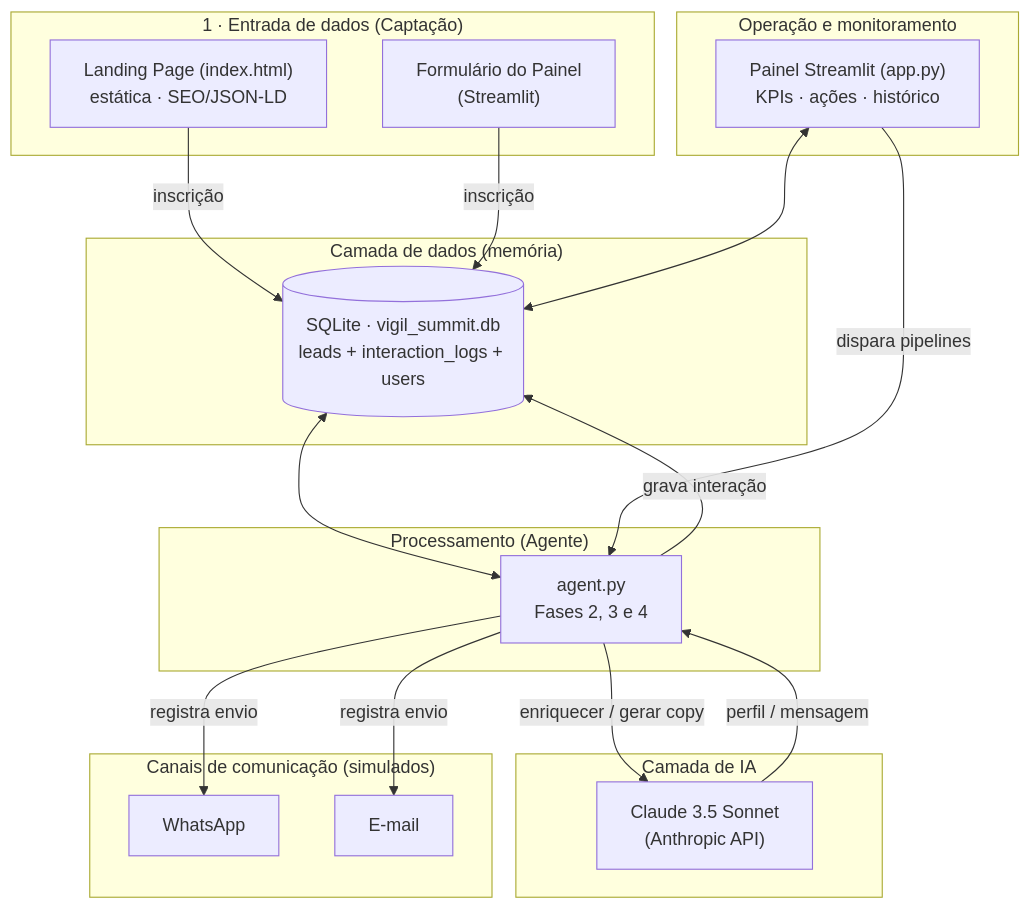
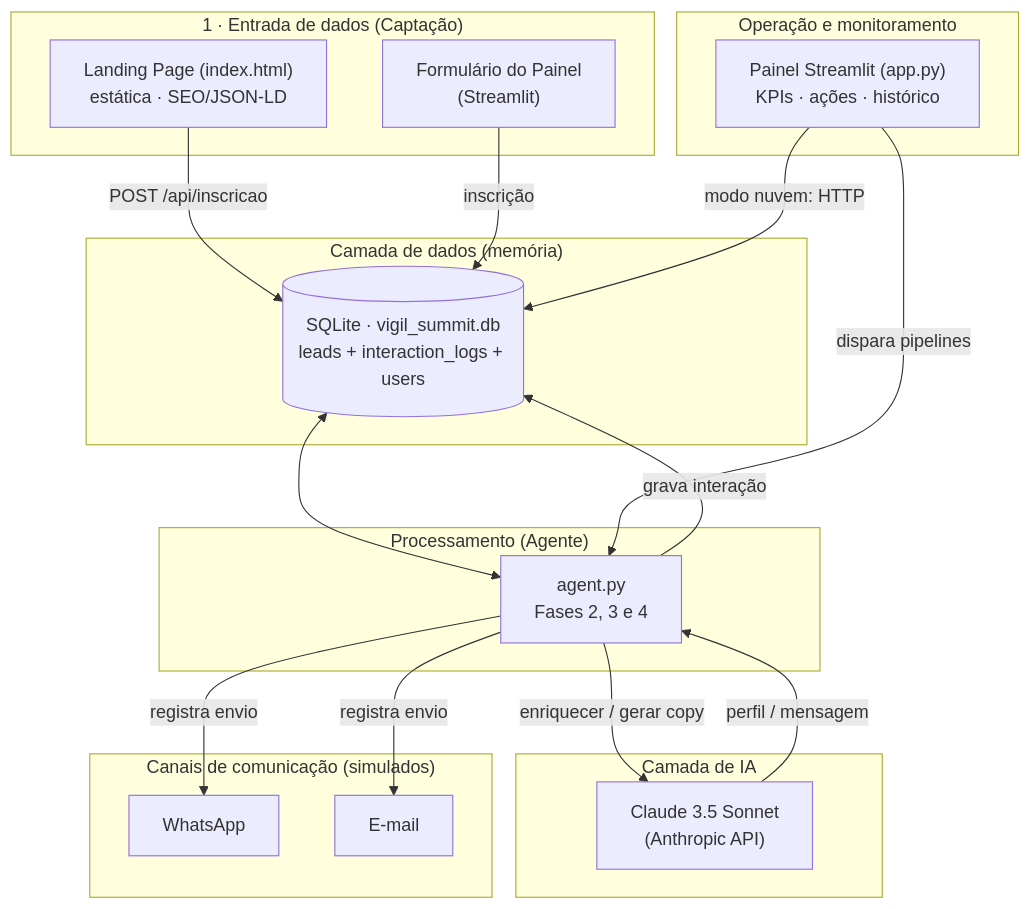
Before and after one commit to IrgoMallis/vigil_summit_agent: the diagram in README.md, drawn with Mermaid. The commit also changed other lines of this file and 7 other files, not shown here.

First line of the commit message:
fix: exige modo nuvem no Streamlit Cloud e documenta deploy completo

````diff
--- a/README.md
+++ b/README.md
@@ -52,39 +52,39 @@
 ```mermaid
 flowchart TD
     subgraph Entrada["1 · Entrada de dados (Captação)"]
         LP["Landing Page (index.html)<br/>estática · SEO/JSON-LD"]
         FORM["Formulário do Painel<br/>(Streamlit)"]
     end
 
     subgraph Dados["Camada de dados (memória)"]
         DB[("SQLite · vigil_summit.db<br/>leads + interaction_logs + users")]
     end
 
     subgraph Cerebro["Processamento (Agente)"]
         AG["agent.py<br/>Fases 2, 3 e 4"]
     end
 
     subgraph LLM["Camada de IA"]
         CL["Claude 3.5 Sonnet<br/>(Anthropic API)"]
     end
 
     subgraph Canais["Canais de comunicação (simulados)"]
         WA["WhatsApp"]
         EM["E-mail"]
     end
 
     subgraph Operacao["Operação e monitoramento"]
         PAINEL["Painel Streamlit (app.py)<br/>KPIs · ações · histórico"]
     end
 
-    LP -->|inscrição| DB
+    LP -->|POST /api/inscricao| DB
     FORM -->|inscrição| DB
     DB <--> AG
     AG -->|enriquecer / gerar copy| CL
     CL -->|perfil / mensagem| AG
     AG -->|registra envio| WA
     AG -->|registra envio| EM
     AG -->|grava interação| DB
-    PAINEL <--> DB
+    PAINEL -->|modo nuvem: HTTP| DB
     PAINEL -->|dispara pipelines| AG
 ```
````
